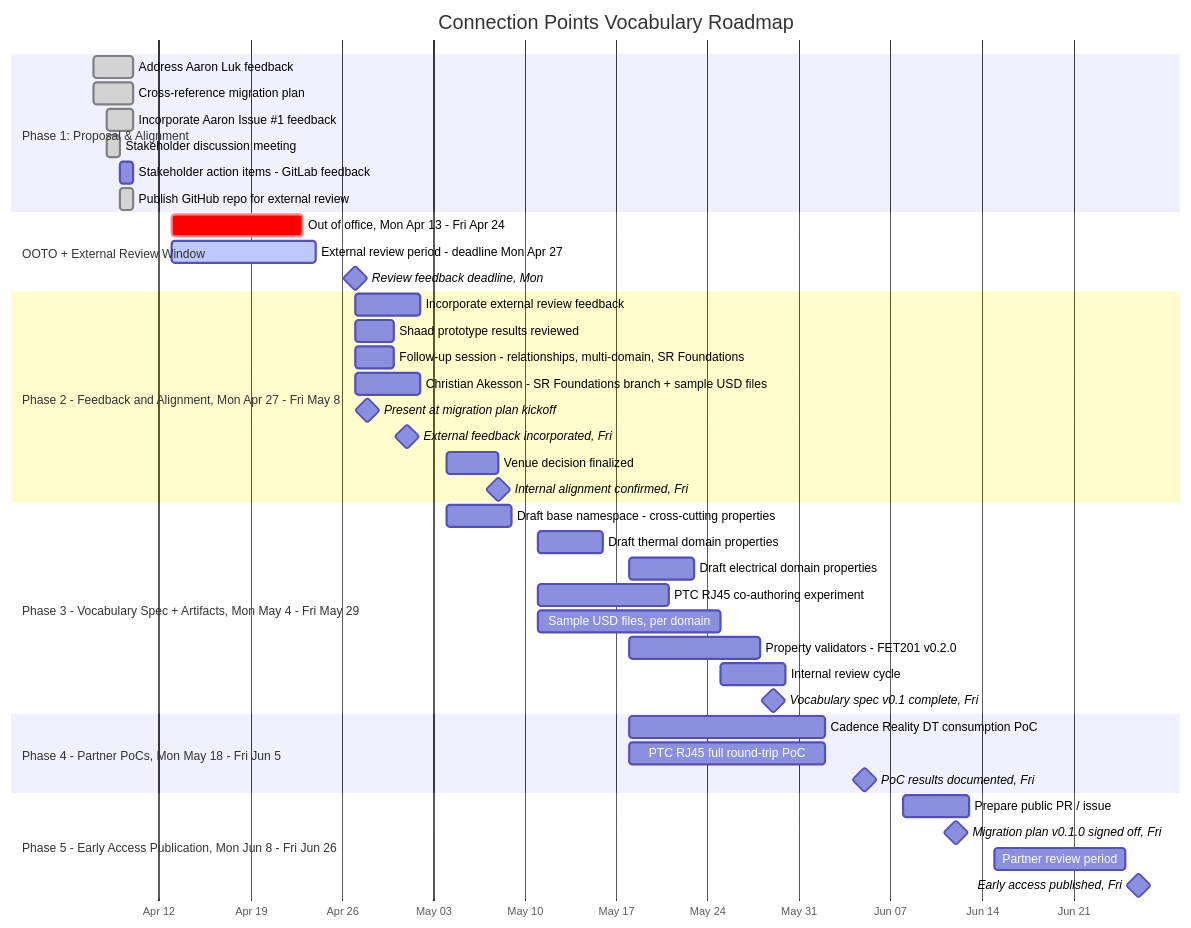
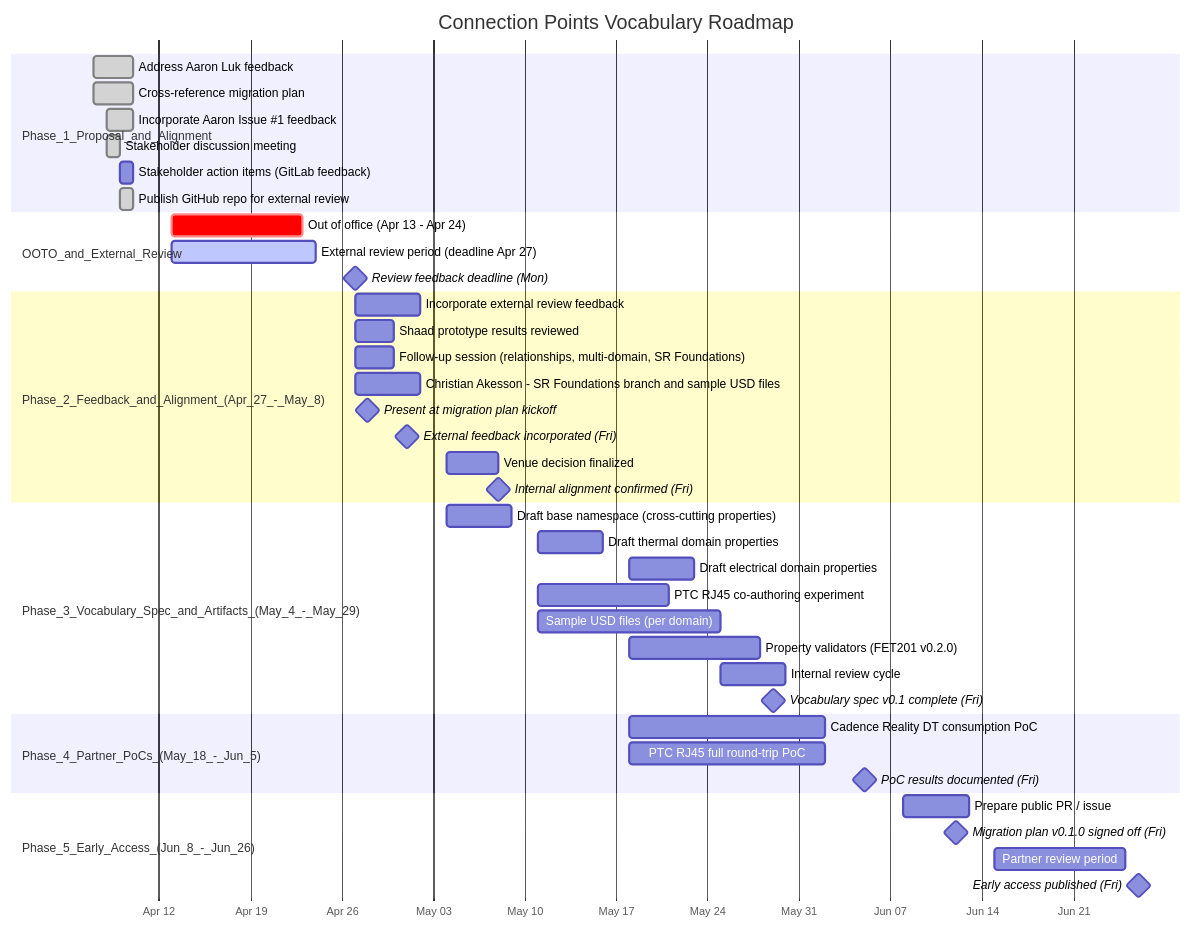
The diagram in CONNECTION_POINTS_ROADMAP.md (bperschall/connection_points_proposal_draft), drawn with Mermaid before and after one commit.

Commit message:
Fix Mermaid Gantt section names - use underscores and remove colons/ampersands to match working chart pattern
Made-with: Cursor

````diff
--- a/CONNECTION_POINTS_ROADMAP.md
+++ b/CONNECTION_POINTS_ROADMAP.md
@@ -61,50 +61,50 @@
 ```mermaid
 gantt
     title Connection Points Vocabulary Roadmap
     dateFormat YYYY-MM-DD
     axisFormat %b %d
 
-    section Phase 1: Proposal & Alignment
+    section Phase_1_Proposal_and_Alignment
     Address Aaron Luk feedback          :done, p1a, 2026-04-07, 3d
     Cross-reference migration plan      :done, p1b, 2026-04-07, 3d
     Incorporate Aaron Issue #1 feedback :done, p1b2, 2026-04-08, 2d
     Stakeholder discussion meeting      :done, p1c, 2026-04-08, 1d
-    Stakeholder action items - GitLab feedback :p1d, 2026-04-09, 1d
+    Stakeholder action items (GitLab feedback) :p1d, 2026-04-09, 1d
     Publish GitHub repo for external review :done, p1e, 2026-04-09, 1d
 
-    section OOTO + External Review Window
-    Out of office, Mon Apr 13 - Fri Apr 24 :crit, ooto, 2026-04-13, 10d
-    External review period - deadline Mon Apr 27 :active, p1f, 2026-04-13, 11d
-    Review feedback deadline, Mon        :milestone, m0, 2026-04-27, 0d
+    section OOTO_and_External_Review
+    Out of office (Apr 13 - Apr 24)    :crit, ooto, 2026-04-13, 10d
+    External review period (deadline Apr 27) :active, p1f, 2026-04-13, 11d
+    Review feedback deadline (Mon)      :milestone, m0, 2026-04-27, 0d
 
-    section Phase 2 - Feedback and Alignment, Mon Apr 27 - Fri May 8
+    section Phase_2_Feedback_and_Alignment_(Apr_27_-_May_8)
     Incorporate external review feedback :p2pre, 2026-04-27, 5d
     Shaad prototype results reviewed      :p2shaad, 2026-04-27, 3d
-    Follow-up session - relationships, multi-domain, SR Foundations :p2a, 2026-04-27, 3d
-    Christian Akesson - SR Foundations branch + sample USD files :p2b, 2026-04-27, 5d
+    Follow-up session (relationships, multi-domain, SR Foundations) :p2a, 2026-04-27, 3d
+    Christian Akesson - SR Foundations branch and sample USD files :p2b, 2026-04-27, 5d
     Present at migration plan kickoff   :milestone, m1, 2026-04-28, 0d
-    External feedback incorporated, Fri  :milestone, m1b, 2026-05-01, 0d
+    External feedback incorporated (Fri) :milestone, m1b, 2026-05-01, 0d
     Venue decision finalized            :p2c, 2026-05-04, 4d
-    Internal alignment confirmed, Fri    :milestone, m2, 2026-05-08, 0d
+    Internal alignment confirmed (Fri)  :milestone, m2, 2026-05-08, 0d
 
-    section Phase 3 - Vocabulary Spec + Artifacts, Mon May 4 - Fri May 29
-    Draft base namespace - cross-cutting properties :p3a, 2026-05-04, 5d
+    section Phase_3_Vocabulary_Spec_and_Artifacts_(May_4_-_May_29)
+    Draft base namespace (cross-cutting properties) :p3a, 2026-05-04, 5d
     Draft thermal domain properties     :p3b, 2026-05-11, 5d
     Draft electrical domain properties  :p3c, 2026-05-18, 5d
     PTC RJ45 co-authoring experiment    :p3g, 2026-05-11, 10d
-    Sample USD files, per domain         :p3d, 2026-05-11, 14d
-    Property validators - FET201 v0.2.0 :p3e, 2026-05-18, 10d
+    Sample USD files (per domain)       :p3d, 2026-05-11, 14d
+    Property validators (FET201 v0.2.0) :p3e, 2026-05-18, 10d
     Internal review cycle               :p3f, 2026-05-25, 5d
-    Vocabulary spec v0.1 complete, Fri   :milestone, m3, 2026-05-29, 0d
+    Vocabulary spec v0.1 complete (Fri) :milestone, m3, 2026-05-29, 0d
 
-    section Phase 4 - Partner PoCs, Mon May 18 - Fri Jun 5
+    section Phase_4_Partner_PoCs_(May_18_-_Jun_5)
     Cadence Reality DT consumption PoC  :p4a, 2026-05-18, 15d
     PTC RJ45 full round-trip PoC       :p4b, 2026-05-18, 15d
-    PoC results documented, Fri          :milestone, m4, 2026-06-05, 0d
+    PoC results documented (Fri)        :milestone, m4, 2026-06-05, 0d
 
-    section Phase 5 - Early Access Publication, Mon Jun 8 - Fri Jun 26
+    section Phase_5_Early_Access_(Jun_8_-_Jun_26)
     Prepare public PR / issue           :p5a, 2026-06-08, 5d
-    Migration plan v0.1.0 signed off, Fri :milestone, m5, 2026-06-12, 0d
+    Migration plan v0.1.0 signed off (Fri) :milestone, m5, 2026-06-12, 0d
     Partner review period               :p5b, 2026-06-15, 10d
-    Early access published, Fri          :milestone, m6, 2026-06-26, 0d
+    Early access published (Fri)        :milestone, m6, 2026-06-26, 0d
 ```
````
